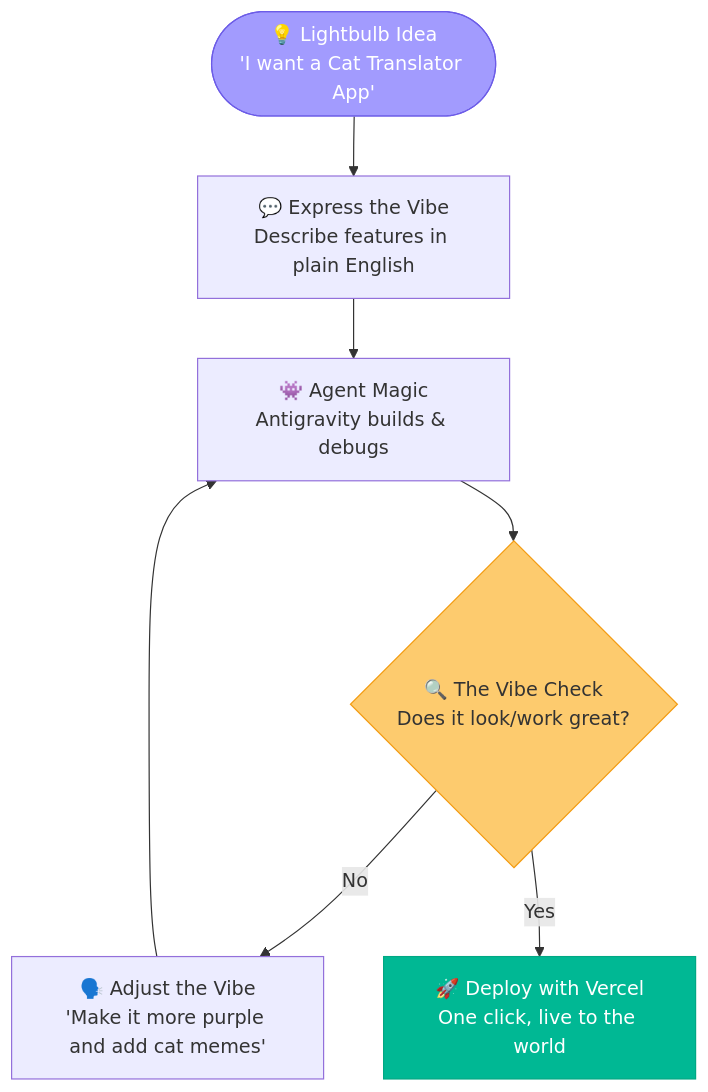
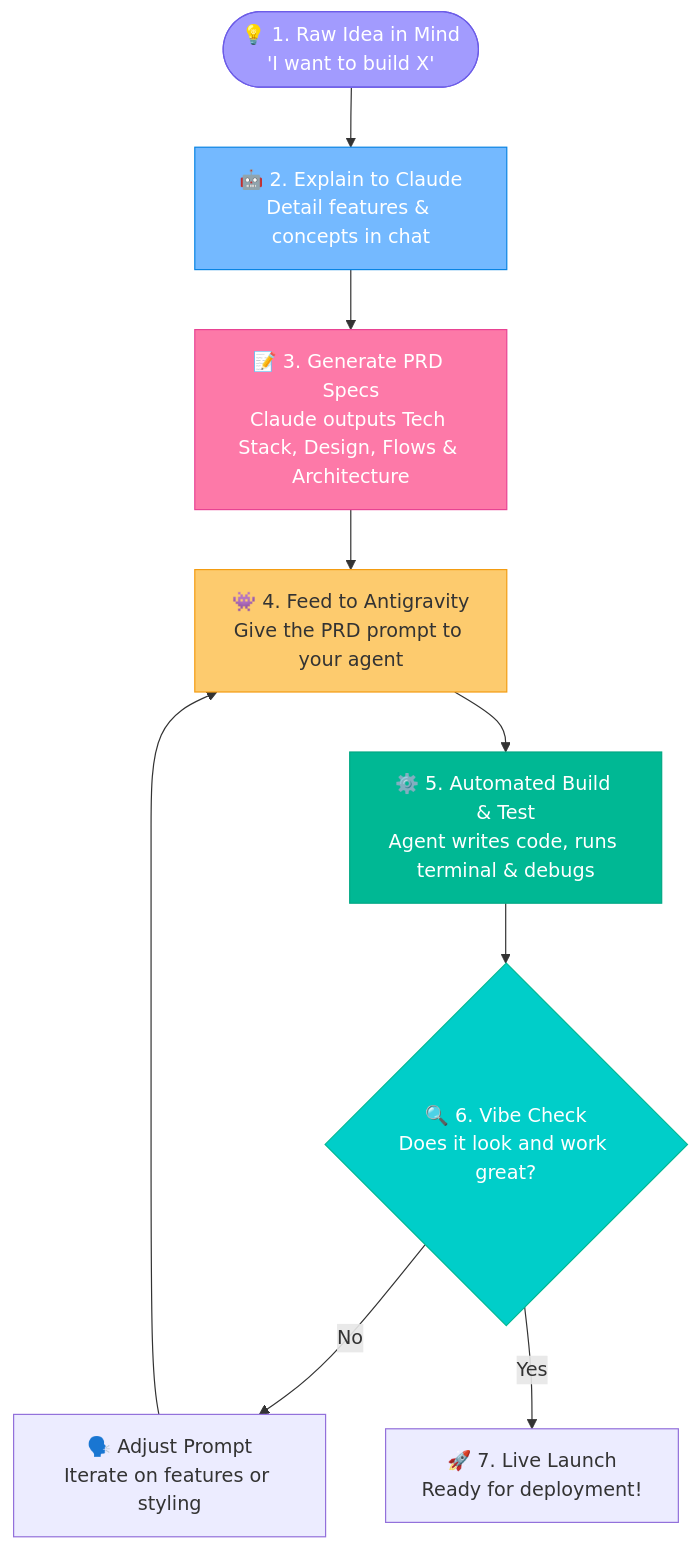
Before and after one commit to bharathkumar000/guides: the diagram in vibecoding.md, drawn with Mermaid. The commit also changed other lines of this file and 8 other files, not shown here.

````diff
--- a/vibecoding.md
+++ b/vibecoding.md
@@ -19,13 +26,18 @@
 ```mermaid
 flowchart TD
-    Idea(["💡 Lightbulb Idea\n'I want a Cat Translator App'"]) --> Prompt["💬 Express the Vibe\nDescribe features in plain English"]
-    Prompt --> Antigravity["👾 Agent Magic\nAntigravity builds & debugs"]
-    Antigravity --> Check{"🔍 The Vibe Check\nDoes it look/work great?"}
-    Check -->|No| Feedback["🗣️ Adjust the Vibe\n'Make it more purple and add cat memes'"]
-    Feedback --> Antigravity
-    Check -->|Yes| Ship["🚀 Deploy with Vercel\nOne click, live to the world"]
+    Idea(["💡 1. Raw Idea in Mind\n'I want to build X'"]) --> Claude["🤖 2. Explain to Claude\nDetail features & concepts in chat"]
+    Claude --> PRD["📝 3. Generate PRD Specs\nClaude outputs Tech Stack, Design, Flows & Architecture"]
+    PRD --> AGY["👾 4. Feed to Antigravity\nGive the PRD prompt to your agent"]
+    AGY --> Build["⚙️ 5. Automated Build & Test\nAgent writes code, runs terminal & debugs"]
+    Build --> Check{"🔍 6. Vibe Check\nDoes it look and work great?"}
+    Check -->|No| Adjust["🗣️ Adjust Prompt\nIterate on features or styling"]
+    Adjust --> AGY
+    Check -->|Yes| Launch["🚀 7. Live Launch\nReady for deployment!"]
 
     style Idea fill:#a29bfe,stroke:#6c5ce7,color:#fff
-    style Check fill:#fdcb6e,stroke:#f39c12,color:#333
-    style Ship fill:#00b894,stroke:#00a884,color:#fff
+    style Claude fill:#74b9ff,stroke:#0984e3,color:#fff
+    style PRD fill:#fd79a8,stroke:#e84393,color:#fff
+    style AGY fill:#fdcb6e,stroke:#f39c12,color:#333
+    style Build fill:#00b894,stroke:#00a884,color:#fff
+    style Check fill:#00cec9,stroke:#00b894,color:#fff
 ```
````
